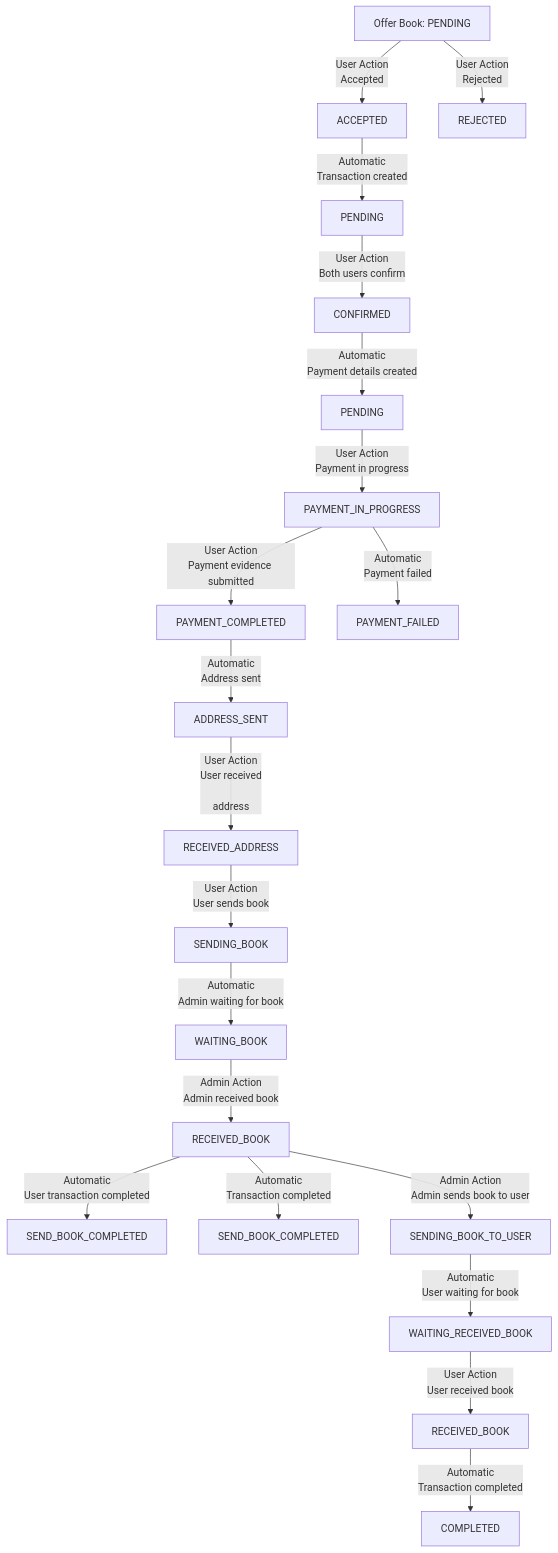
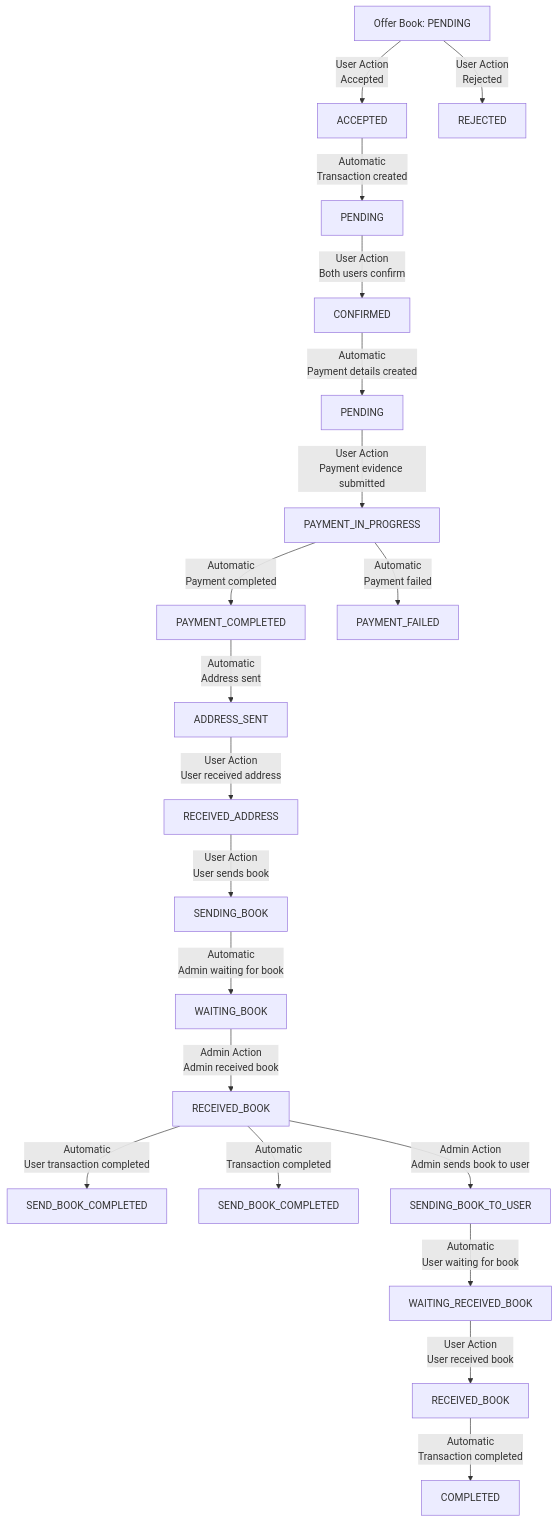
Before and after one commit to Loknong/book-exchange: diagram 11 of 11 in documents/Exchange.flow.md, drawn with Mermaid. The commit also changed other lines of this file, not shown here.

````diff
--- a/documents/Exchange.flow.md
+++ b/documents/Exchange.flow.md
@@ -344,24 +327,24 @@
 ```mermaid
 graph TD
     User1[Offer Book: PENDING] -->|User Action<br>Accepted| User2[ACCEPTED]
     User1 -->|User Action<br>Rejected| User3[REJECTED]
     User2 -->|Automatic<br>Transaction created| Trans1[PENDING]
     Trans1 -->|User Action<br>Both users confirm| Trans2[CONFIRMED]
     Trans2 -->|Automatic<br>Payment details created| Payment1[PENDING]
-    Payment1 -->|User Action<br>Payment in progress| Payment2[PAYMENT_IN_PROGRESS]
-    Payment2 -->|User Action<br>Payment evidence submitted| Payment3[PAYMENT_COMPLETED]
+    Payment1 -->|User Action<br>Payment evidence submitted| Payment2[PAYMENT_IN_PROGRESS]
+    Payment2 -->|Automatic<br>Payment completed| Payment3[PAYMENT_COMPLETED]
     Payment2 -->|Automatic<br>Payment failed| Payment4[PAYMENT_FAILED]
     Payment3 -->|Automatic<br>Address sent| Trans3[ADDRESS_SENT]
-    Trans3 -->|User Action<br>User received
+    Trans3 -->|User Action<br>User received address| UTT3[RECEIVED_ADDRESS]
+    UTT3 -->|User Action<br>User sends book| UTT4[SENDING_BOOK]
+    UTT4 -->|Automatic<br>Admin waiting for book| Admin1[WAITING_BOOK
 
- address| UTT3[RECEIVED_ADDRESS]
-    UTT3 -->|User Action<br>User sends book| UTT4[SENDING_BOOK]
-    UTT4 -->|Automatic<br>Admin waiting for book| Admin1[WAITING_BOOK]
+]
     Admin1 -->|Admin Action<br>Admin received book| Admin2[RECEIVED_BOOK]
     Admin2 -->|Automatic<br>User transaction completed| UTT5[SEND_BOOK_COMPLETED]
     Admin2 -->|Automatic<br>Transaction completed| Trans4[SEND_BOOK_COMPLETED]
     Admin2 -->|Admin Action<br>Admin sends book to user| Admin3[SENDING_BOOK_TO_USER]
     Admin3 -->|Automatic<br>User waiting for book| UTT6[WAITING_RECEIVED_BOOK]
     UTT6 -->|User Action<br>User received book| UTT7[RECEIVED_BOOK]
     UTT7 -->|Automatic<br>Transaction completed| Trans5[COMPLETED]
 ```
````
